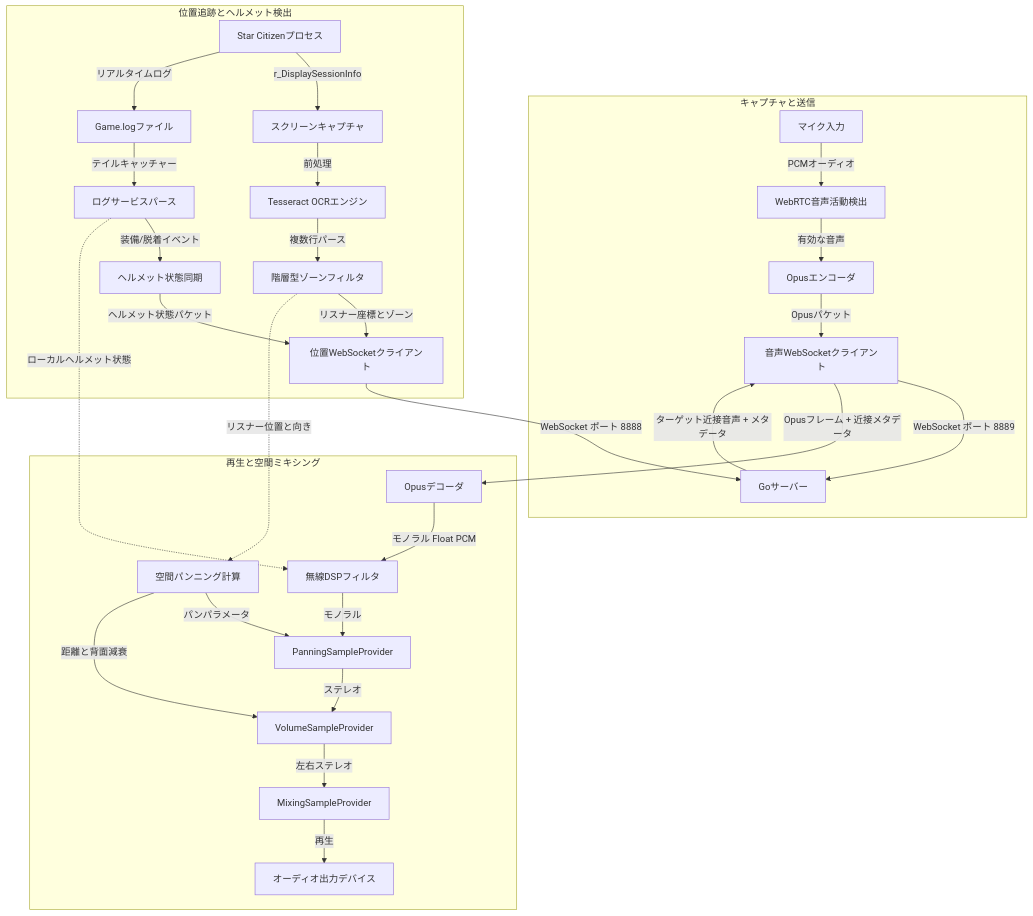
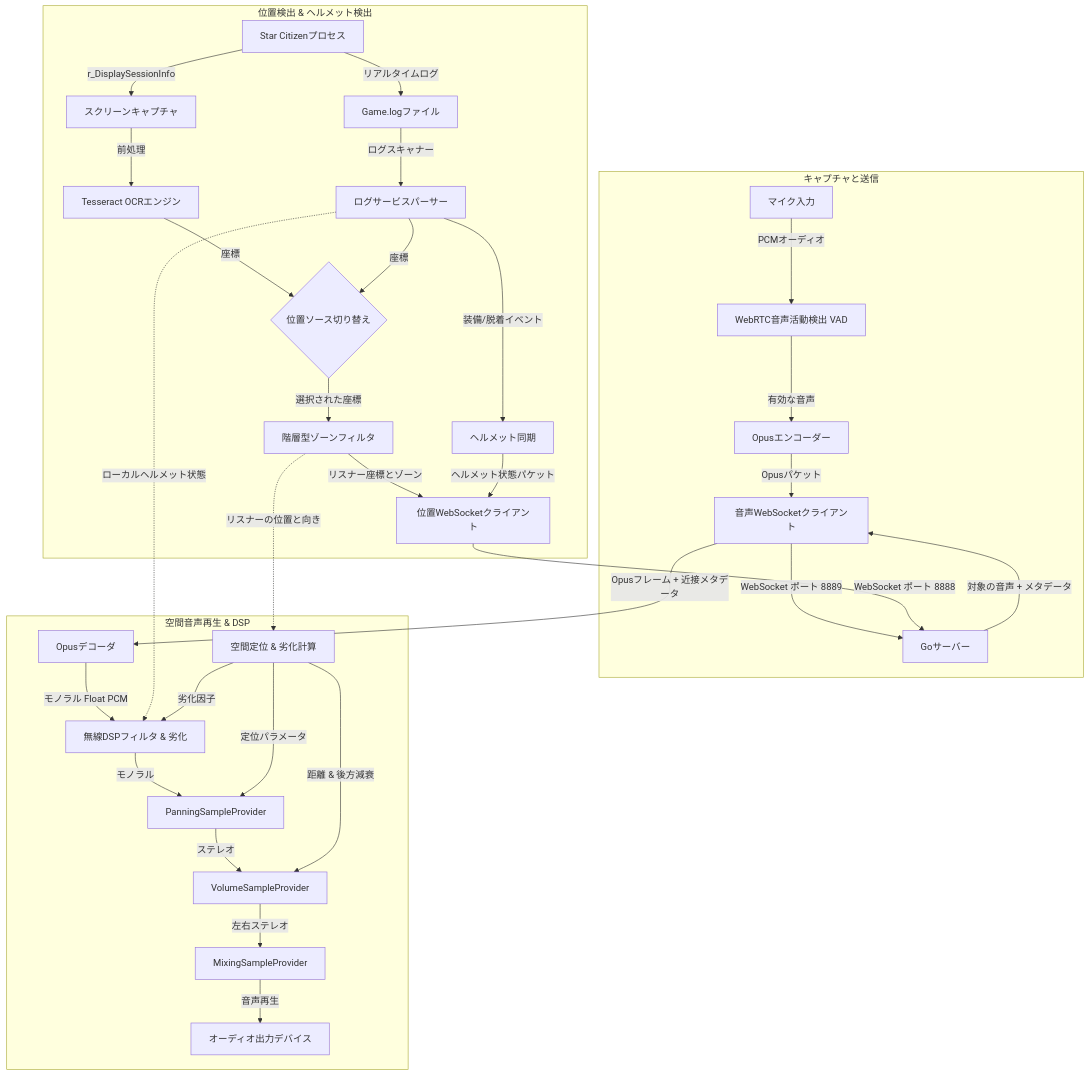
One commit to XuruDragon/XuruVOIP changed the diagram in doc/README.ja.md. Above: the diagram before and after it, drawn with Mermaid. The commit also changed other lines of this file and 17 other files, not shown here.

````diff
--- a/doc/README.ja.md
+++ b/doc/README.ja.md
@@ -80,39 +80,45 @@
 ```mermaid
 graph TD
     subgraph キャプチャと送信
-        Mic[マイク入力] -->|PCMオーディオ| VAD[WebRTC音声活動検出]
-        VAD -->|有効な音声| OpusEnc[Opusエンコーダ]
+        Mic[マイク入力] -->|PCMオーディオ| VAD[WebRTC音声活動検出 VAD]
+        VAD -->|有効な音声| OpusEnc[Opusエンコーダー]
         OpusEnc -->|Opusパケット| AudioWS[音声WebSocketクライアント]
         AudioWS -->|WebSocket ポート 8889| Server[Goサーバー]
     end
 
-    subgraph 位置追跡とヘルメット検出
+    subgraph 位置検出 & ヘルメット検出
         SC[Star Citizenプロセス] -->|r_DisplaySessionInfo| Screen[スクリーンキャプチャ]
         Screen -->|前処理| Tess[Tesseract OCRエンジン]
-        Tess -->|複数行パース| Zone[階層型ゾーンフィルタ]
+        
+        SC -->|リアルタイムログ| GameLog[Game.logファイル]
+        GameLog -->|ログスキャナー| LogParser[ログサービスパーサー]
+        
+        Tess -->|座標| PosSelector{位置ソース切り替え}
+        LogParser -->|座標| PosSelector
+        
+        PosSelector -->|選択された座標| Zone[階層型ゾーンフィルタ]
         Zone -->|リスナー座標とゾーン| PosWS[位置WebSocketクライアント]
         PosWS -->|WebSocket ポート 8888| Server
 
-        SC -->|リアルタイムログ| GameLog[Game.logファイル]
-        GameLog -->|テイルキャッチャー| LogParser[ログサービスパース]
-        LogParser -->|装備/脱着イベント| Helmet[ヘルメット状態同期]
+        LogParser -->|装備/脱着イベント| Helmet[ヘルメット同期]
         Helmet -->|ヘルメット状態パケット| PosWS
     end
 
-    subgraph 再生と空間ミキシング
-        Server -->|ターゲット近接音声 + メタデータ| AudioWS
+    subgraph 空間音声再生 & DSP
+        Server -->|対象の音声 + メタデータ| AudioWS
         AudioWS -->|Opusフレーム + 近接メタデータ| Decoder[Opusデコーダ]
-        Decoder -->|モノラル Float PCM| DSP[無線DSPフィルタ]
+        Decoder -->|モノラル Float PCM| DSP[無線DSPフィルタ & 劣化]
         DSP -->|モノラル| Panner[PanningSampleProvider]
         Panner -->|ステレオ| Volume[VolumeSampleProvider]
         
         LogParser -.->|ローカルヘルメット状態| DSP
-        Zone -.->|リスナー位置と向き| MixerMath[空間パンニング計算]
+        Zone -.->|リスナーの位置と向き| MixerMath[空間定位 & 劣化計算]
         
-        MixerMath -->|パンパラメータ| Panner
-        MixerMath -->|距離と背面減衰| Volume
+        MixerMath -->|定位パラメータ| Panner
+        MixerMath -->|距離 & 後方減衰| Volume
+        MixerMath -->|劣化因子| DSP
         
         Volume -->|左右ステレオ| Mixer[MixingSampleProvider]
-        Mixer -->|再生| Speakers[オーディオ出力デバイス]
+        Mixer -->|音声再生| Speakers[オーディオ出力デバイス]
     end
 ```
````
